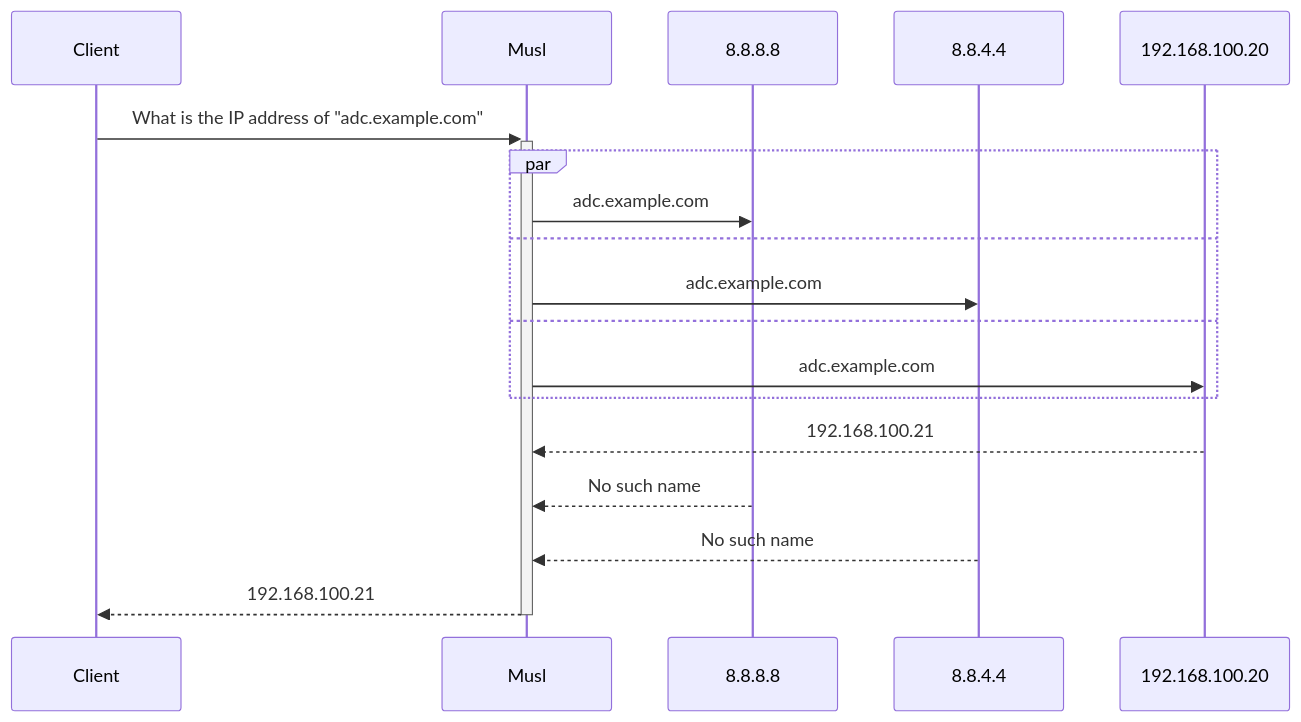
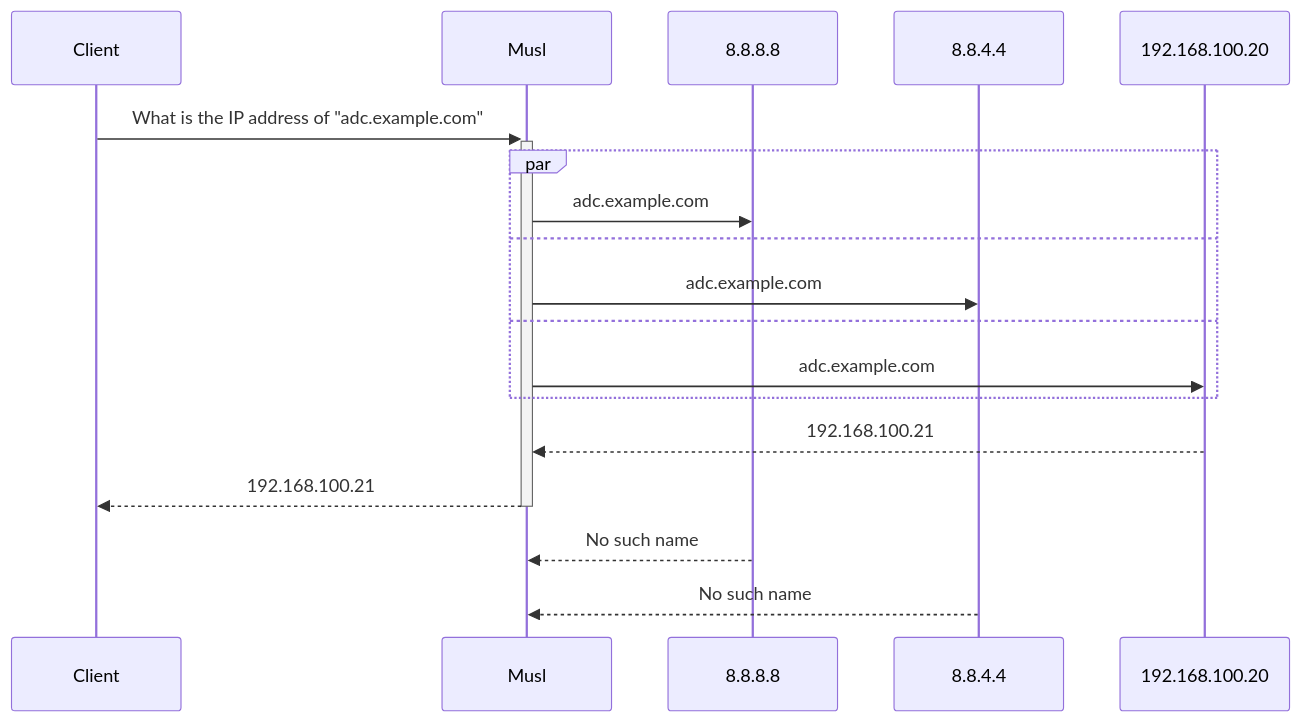
One commit to caltuntas/caltuntas.github.io changed the first of 2 diagrams in _posts/2023-12-10-always-dns-musl-libc.md. Above: the diagram before and after it, drawn with Mermaid. The commit also changed other lines of this file, not shown here.

````diff
--- a/_posts/2023-12-10-always-dns-musl-libc.md
+++ b/_posts/2023-12-10-always-dns-musl-libc.md
@@ -119,15 +119,15 @@
 ```mermaid
 sequenceDiagram
     Client->>+Musl: What is the IP address of "adc.example.com"
     par 
         Musl->>8.8.8.8: adc.example.com
     and 
         Musl->>8.8.4.4: adc.example.com
     and 
         Musl->>192.168.100.20: adc.example.com
     end    
     192.168.100.20-->>Musl: 192.168.100.21
+Musl-->>-Client: 192.168.100.21
     8.8.8.8-->>Musl: No such name
     8.8.4.4-->>Musl: No such name
-Musl-->>-Client: 192.168.100.21
 ```
````
